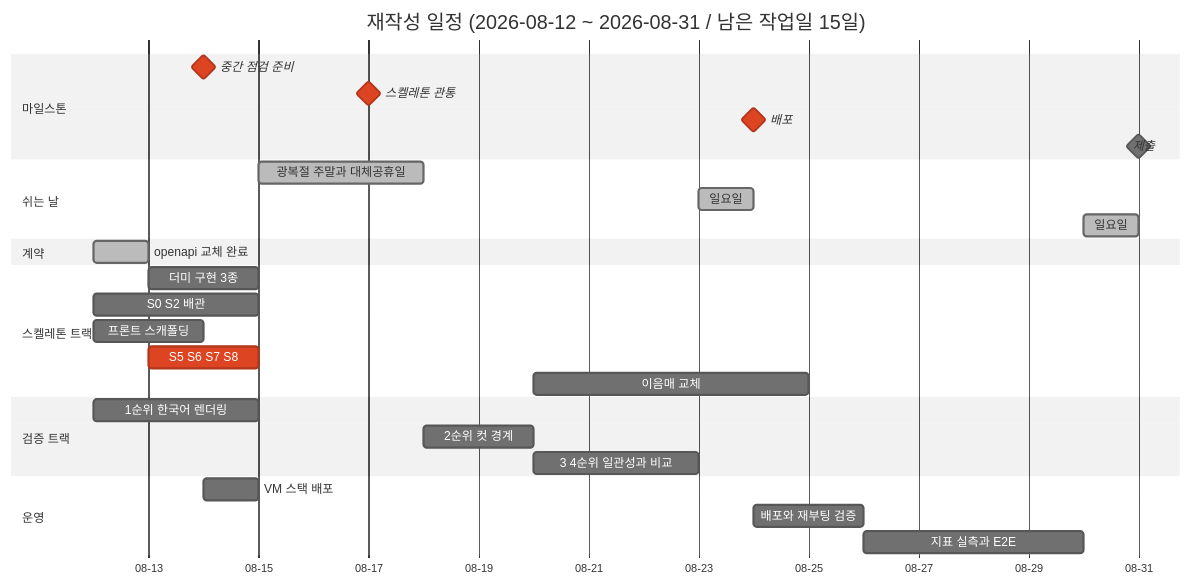
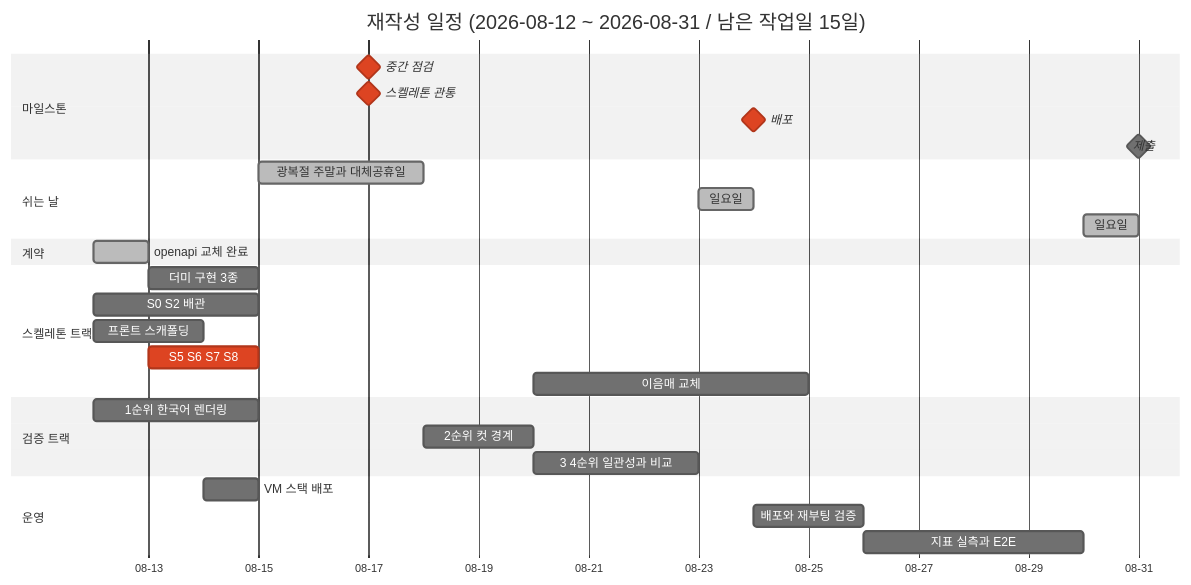
One commit to Codeit-AI10-Part4-3Team/AI10-Part4-3Team-Advanced-Project changed the first of 2 diagrams in docs/역할_일정/00-overall.md. Above: the diagram before and after it, drawn with Mermaid (neutral theme). The commit also changed other lines of this file and 2 other files, not shown here.

````diff
--- a/docs/역할_일정/00-overall.md
+++ b/docs/역할_일정/00-overall.md
@@ -91,37 +103,37 @@
 ```mermaid
 gantt
     title 재작성 일정 (2026-08-12 ~ 2026-08-31 / 남은 작업일 15일)
     dateFormat YYYY-MM-DD
     axisFormat %m-%d
 
     section 마일스톤
-    중간 점검 준비        :crit, milestone, m3, 2026-08-14, 0d
+    중간 점검            :crit, milestone, m3, 2026-08-17, 0d
     스켈레톤 관통        :crit, milestone, m4, 2026-08-17, 0d
     배포                :crit, milestone, m5, 2026-08-24, 0d
     제출                :milestone, m6, 2026-08-31, 0d
 
     section 쉬는 날
     광복절 주말과 대체공휴일 :done, off2, 2026-08-15, 3d
     일요일                :done, off3, 2026-08-23, 1d
     일요일                :done, off4, 2026-08-30, 1d
 
     section 계약
     openapi 교체 완료     :done, c1, 2026-08-12, 1d
 
     section 스켈레톤 트랙
     더미 구현 3종         :s1, 2026-08-13, 2d
     S0 S2 배관           :s2, 2026-08-12, 3d
     프론트 스캐폴딩       :s3, 2026-08-12, 2d
     S5 S6 S7 S8          :crit, s4, 2026-08-13, 2d
     이음매 교체           :s5, 2026-08-20, 5d
 
     section 검증 트랙
     1순위 한국어 렌더링    :v1, 2026-08-12, 3d
     2순위 컷 경계         :v2, 2026-08-18, 2d
     3 4순위 일관성과 비교  :v3, 2026-08-20, 3d
 
     section 운영
     VM 스택 배포          :o1, 2026-08-14, 1d
     배포와 재부팅 검증     :o2, 2026-08-24, 2d
     지표 실측과 E2E       :o3, 2026-08-26, 4d
 ```
````
